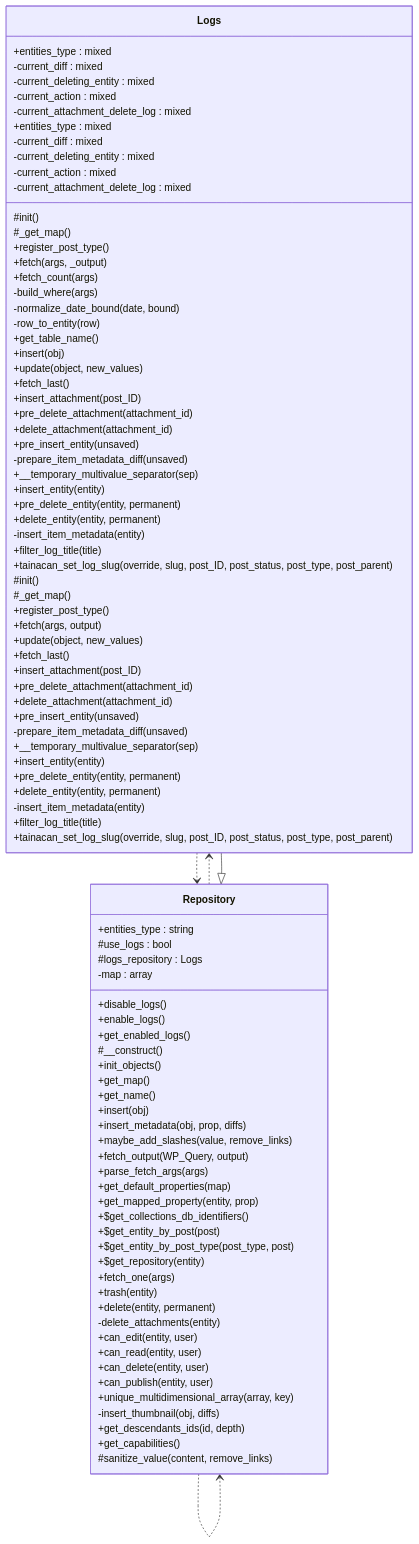
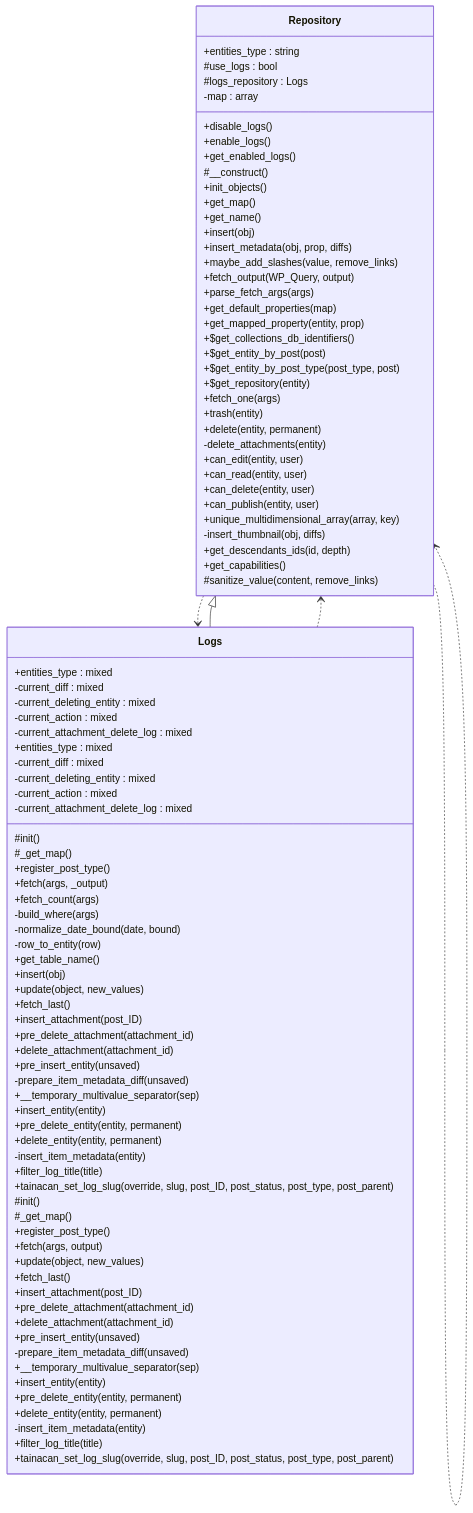
The diagram in docs/phpdoc/classes/Tainacan/Repositories/Logs.md (tainacan/tainacan), drawn with Mermaid before and after one commit. The commit also changed other lines of this file and 112 other files, not shown here.

````diff
--- a/docs/phpdoc/classes/Tainacan/Repositories/Logs.md
+++ b/docs/phpdoc/classes/Tainacan/Repositories/Logs.md
@@ -15,37 +15,6 @@
 ```mermaid
 classDiagram
     direction TB
-    class Logs {
-        +entities_type : mixed
-        -current_diff : mixed
-        -current_deleting_entity : mixed
-        -current_action : mixed
-        -current_attachment_delete_log : mixed
-        #init()
-        #_get_map()
-        +register_post_type()
-        +fetch(args, _output)
-        +fetch_count(args)
-        -build_where(args)
-        -normalize_date_bound(date, bound)
-        -row_to_entity(row)
-        +get_table_name()
-        +insert(obj)
-        +update(object, new_values)
-        +fetch_last()
-        +insert_attachment(post_ID)
-        +pre_delete_attachment(attachment_id)
-        +delete_attachment(attachment_id)
-        +pre_insert_entity(unsaved)
-        -prepare_item_metadata_diff(unsaved)
-        +__temporary_multivalue_separator(sep)
-        +insert_entity(entity)
-        +pre_delete_entity(entity, permanent)
-        +delete_entity(entity, permanent)
-        -insert_item_metadata(entity)
-        +filter_log_title(title)
-        +tainacan_set_log_slug(override, slug, post_ID, post_status, post_type, post_parent)
-    }
     class Repository {
         +entities_type : string
         #use_logs : bool
@@ -92,6 +61,37 @@
         #init()
         #_get_map()
         +register_post_type()
+        +fetch(args, _output)
+        +fetch_count(args)
+        -build_where(args)
+        -normalize_date_bound(date, bound)
+        -row_to_entity(row)
+        +get_table_name()
+        +insert(obj)
+        +update(object, new_values)
+        +fetch_last()
+        +insert_attachment(post_ID)
+        +pre_delete_attachment(attachment_id)
+        +delete_attachment(attachment_id)
+        +pre_insert_entity(unsaved)
+        -prepare_item_metadata_diff(unsaved)
+        +__temporary_multivalue_separator(sep)
+        +insert_entity(entity)
+        +pre_delete_entity(entity, permanent)
+        +delete_entity(entity, permanent)
+        -insert_item_metadata(entity)
+        +filter_log_title(title)
+        +tainacan_set_log_slug(override, slug, post_ID, post_status, post_type, post_parent)
+    }
+    class Logs {
+        +entities_type : mixed
+        -current_diff : mixed
+        -current_deleting_entity : mixed
+        -current_action : mixed
+        -current_attachment_delete_log : mixed
+        #init()
+        #_get_map()
+        +register_post_type()
         +fetch(args, output)
         +update(object, new_values)
         +fetch_last()
````
